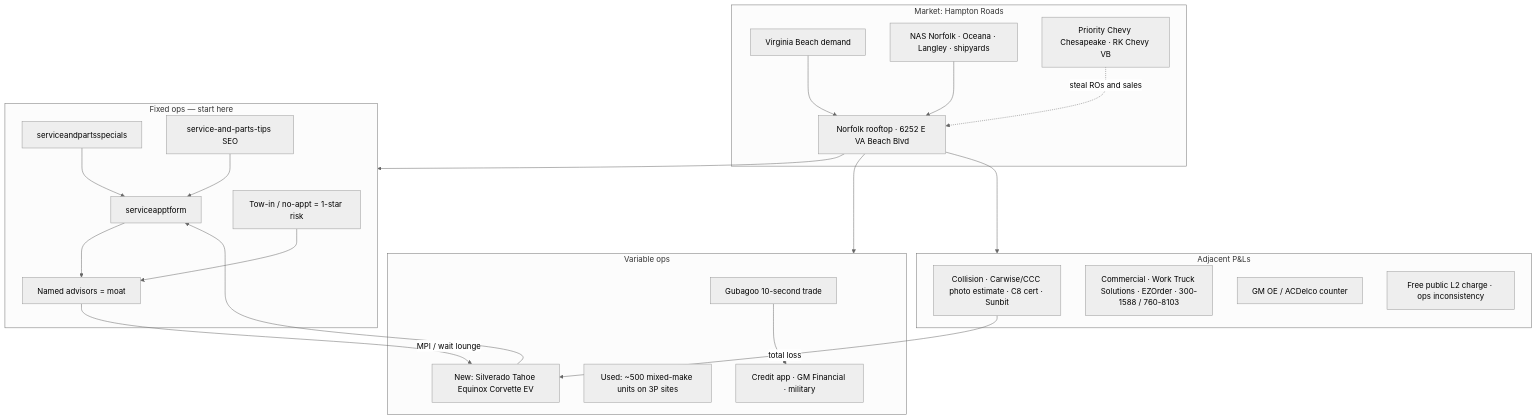
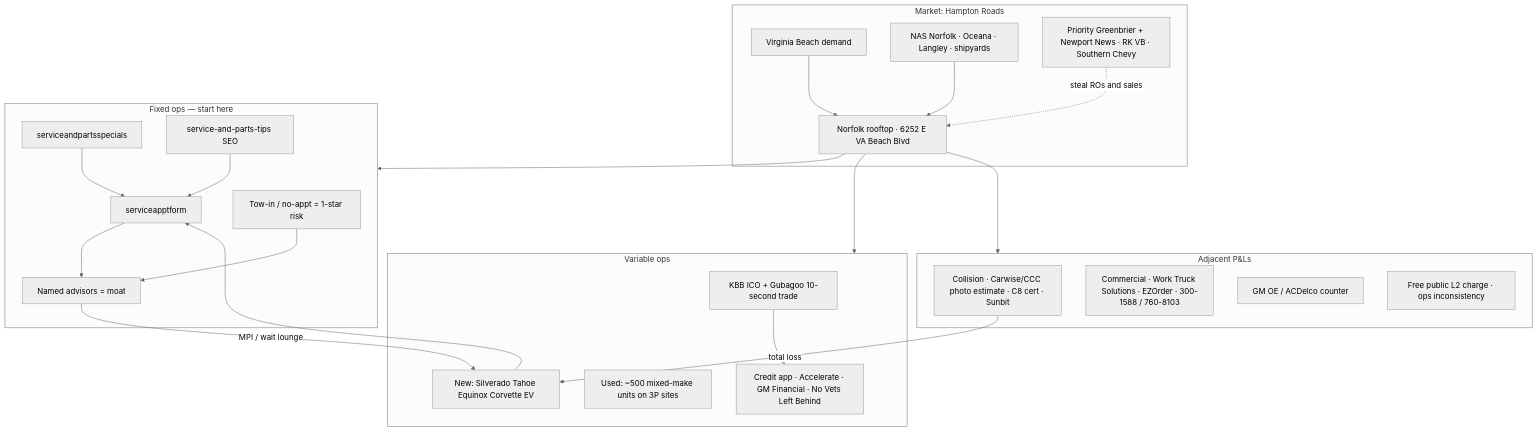
One commit to kavikah/rhchevy changed the diagram in docs/rooftop-poster.md. Above: the diagram before and after it, drawn with Mermaid (neutral theme). The commit also changed other lines of this file and 1 other file, not shown here.

Commit message:
Add digital stack: Gubagoo toolbar, CDK GTM, military page, BAC 113725.
Record paid pixels, KBB Instant Cash Offer, No Vets Left Behind, footer social gap, and the live Chevy competitive set including Priority Newport News.

````diff
--- a/docs/rooftop-poster.md
+++ b/docs/rooftop-poster.md
@@ -5,48 +5,48 @@
 ```mermaid
 flowchart TB
   subgraph GEO ["Market: Hampton Roads"]
     VB["Virginia Beach demand"]
     NF["Norfolk rooftop · 6252 E VA Beach Blvd"]
     MIL["NAS Norfolk · Oceana · Langley · shipyards"]
-    COMP["Priority Chevy Chesapeake · RK Chevy VB"]
+    COMP["Priority Greenbrier + Newport News · RK VB · Southern Chevy"]
   end
 
   VB --> NF
   MIL --> NF
   COMP -.->|"steal ROs and sales"| NF
 
   subgraph FIXED ["Fixed ops — start here"]
     APPT["serviceapptform"]
     COUP["serviceandpartsspecials"]
     SEO["service-and-parts-tips SEO"]
     ADV["Named advisors = moat"]
     TOW["Tow-in / no-appt = 1-star risk"]
   end
 
   subgraph VAR ["Variable ops"]
     NEW["New: Silverado Tahoe Equinox Corvette EV"]
     USED["Used: ~500 mixed-make units on 3P sites"]
-    TRADE["Gubagoo 10-second trade"]
-    FI["Credit app · GM Financial · military"]
+    TRADE["KBB ICO + Gubagoo 10-second trade"]
+    FI["Credit app · Accelerate · GM Financial · No Vets Left Behind"]
   end
 
   subgraph ADJ ["Adjacent P&Ls"]
     COLL["Collision · Carwise/CCC photo estimate · C8 cert · Sunbit"]
     FLEET["Commercial · Work Truck Solutions · EZOrder · 300-1588 / 760-8103"]
     PARTS["GM OE / ACDelco counter"]
     EV["Free public L2 charge · ops inconsistency"]
   end
 
   NF --> FIXED
   NF --> VAR
   NF --> ADJ
 
   APPT --> ADV
   COUP --> APPT
   SEO --> APPT
   TOW --> ADV
   ADV -->|"MPI / wait lounge"| NEW
   COLL -->|"total loss"| NEW
   TRADE --> FI
   NEW --> APPT
 ```
````
